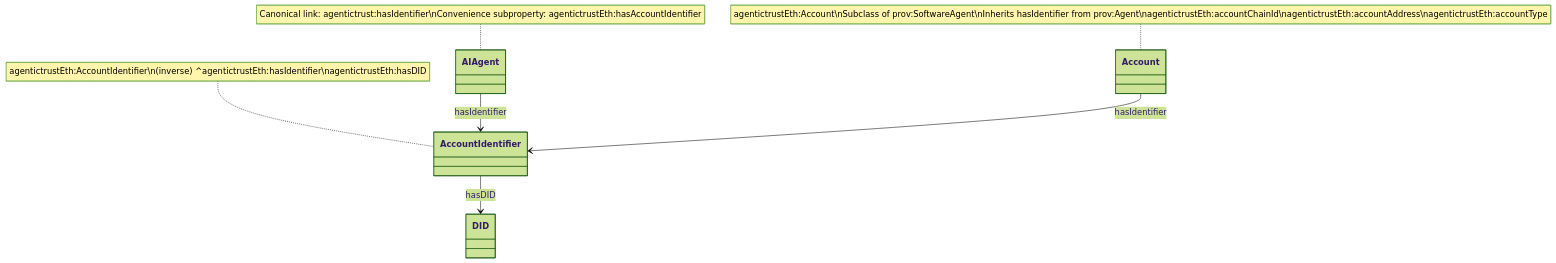
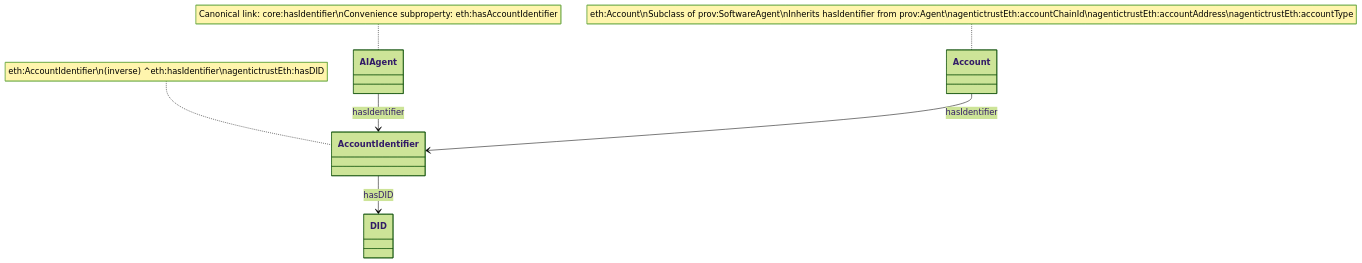
One commit to Agentic-Trust-Layer/agent-explorer changed the third of 6 diagrams in docs/ontology/identifiers.md. Above: the diagram before and after it, drawn with Mermaid (forest theme). The commit also changed other lines of this file and 49 other files, not shown here.

````diff
--- a/docs/ontology/identifiers.md
+++ b/docs/ontology/identifiers.md
@@ -154,15 +154,15 @@
 ```mermaid
 classDiagram
     class AIAgent
     class AccountIdentifier
     class Account
     class DID
     
     AIAgent --> AccountIdentifier : hasIdentifier
     Account --> AccountIdentifier : hasIdentifier
     AccountIdentifier --> DID : hasDID
     
-    note for AIAgent "Canonical link: agentictrust:hasIdentifier\nConvenience subproperty: agentictrustEth:hasAccountIdentifier"
-    note for AccountIdentifier "agentictrustEth:AccountIdentifier\n(inverse) ^agentictrustEth:hasIdentifier\nagentictrustEth:hasDID"
-    note for Account "agentictrustEth:Account\nSubclass of prov:SoftwareAgent\nInherits hasIdentifier from prov:Agent\nagentictrustEth:accountChainId\nagentictrustEth:accountAddress\nagentictrustEth:accountType"
+    note for AIAgent "Canonical link: core:hasIdentifier\nConvenience subproperty: eth:hasAccountIdentifier"
+    note for AccountIdentifier "eth:AccountIdentifier\n(inverse) ^eth:hasIdentifier\nagentictrustEth:hasDID"
+    note for Account "eth:Account\nSubclass of prov:SoftwareAgent\nInherits hasIdentifier from prov:Agent\nagentictrustEth:accountChainId\nagentictrustEth:accountAddress\nagentictrustEth:accountType"
 ```
````
